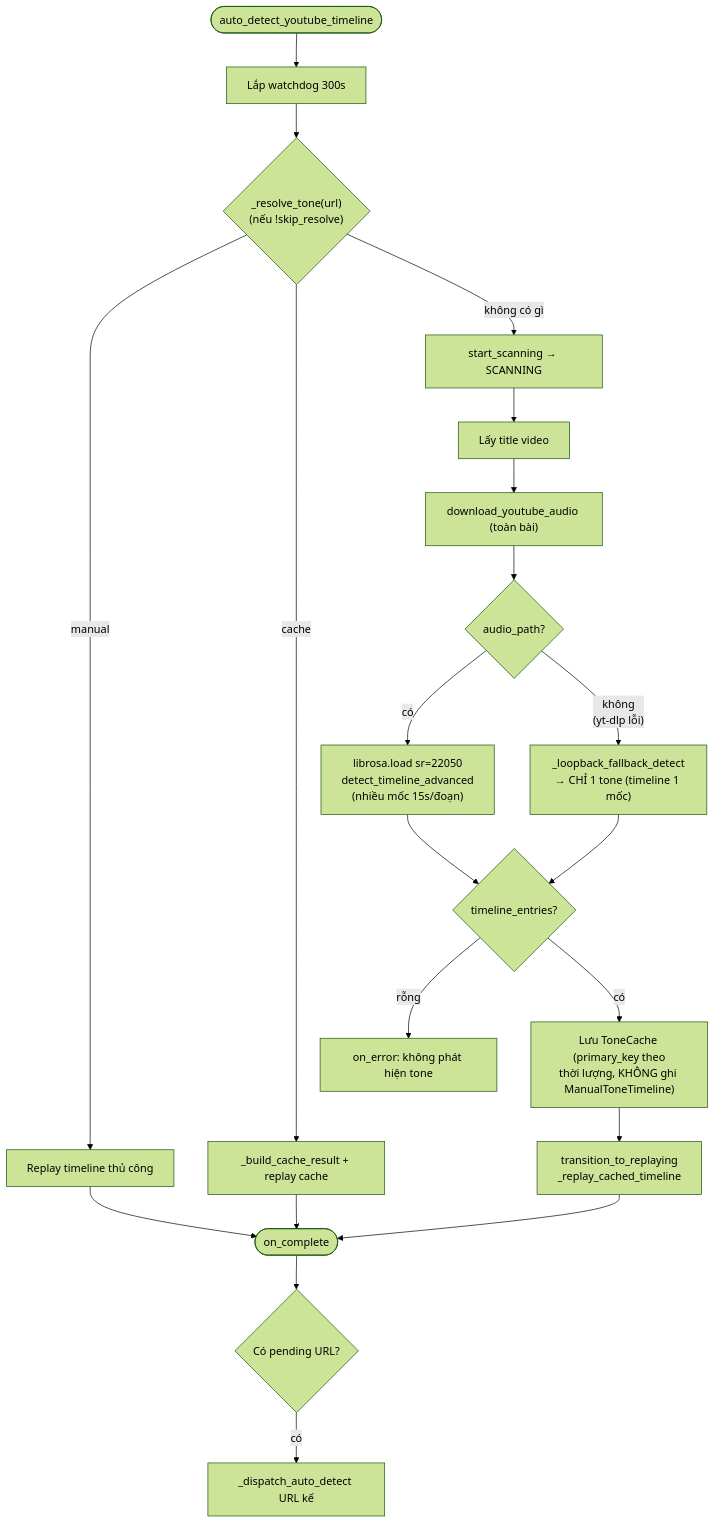
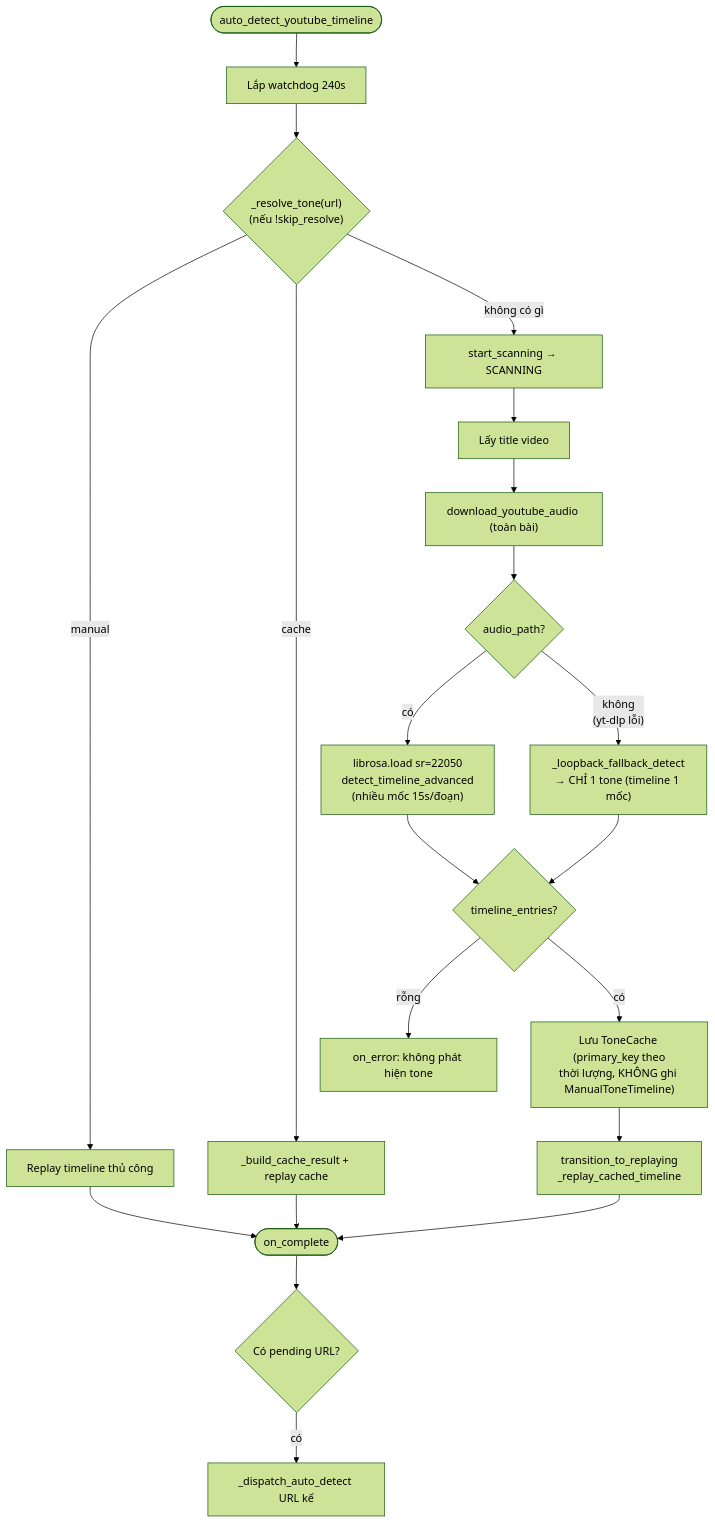
Before and after one commit to ligktit/quang-luu-studio: the sixth of 9 diagrams in docs/TONE_FLOWS.md, drawn with Mermaid (forest theme). The commit also changed other lines of this file and 75 other files, not shown here.

````diff
--- a/docs/TONE_FLOWS.md
+++ b/docs/TONE_FLOWS.md
@@ -187,21 +196,21 @@
 ```mermaid
 flowchart TD
-    G0([auto_detect_youtube_timeline]) --> GWD[Lắp watchdog 300s]
+    G0([auto_detect_youtube_timeline]) --> GWD[Lắp watchdog 240s]
     GWD --> GM{"_resolve_tone(url)<br/>(nếu !skip_resolve)"}
     GM -->|manual| GREPLAY[Replay timeline thủ công] --> GDONE
     GM -->|cache| GREPLAY2["_build_cache_result + replay cache"] --> GDONE
     GM -->|không có gì| GSS[start_scanning → SCANNING]
 
     GSS --> GINFO[Lấy title video] --> GDL["download_youtube_audio (toàn bài)"]
     GDL --> GDLOK{audio_path?}
     GDLOK -->|có| GSEG["librosa.load sr=22050<br/>detect_timeline_advanced<br/>(nhiều mốc 15s/đoạn)"]
     GDLOK -->|"không<br/>(yt-dlp lỗi)"| GLB["_loopback_fallback_detect<br/>→ CHỈ 1 tone (timeline 1 mốc)"]
 
     GSEG --> GTL{timeline_entries?}
     GLB --> GTL
     GTL -->|rỗng| GE[on_error: không phát hiện tone]
     GTL -->|có| GSAVE["Lưu ToneCache (primary_key theo<br/>thời lượng, KHÔNG ghi ManualToneTimeline)"] --> GR[transition_to_replaying<br/>_replay_cached_timeline] --> GDONE([on_complete])
 
     GDONE --> GPEND{Có pending URL?}
     GPEND -->|có| GNEXT[_dispatch_auto_detect URL kế]
 ```
````
